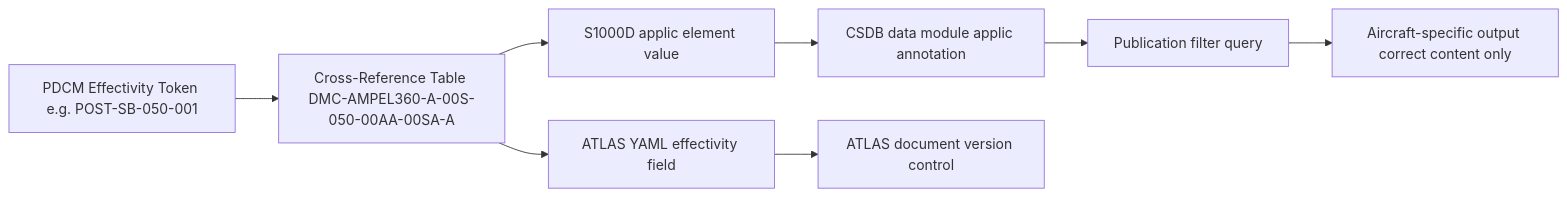
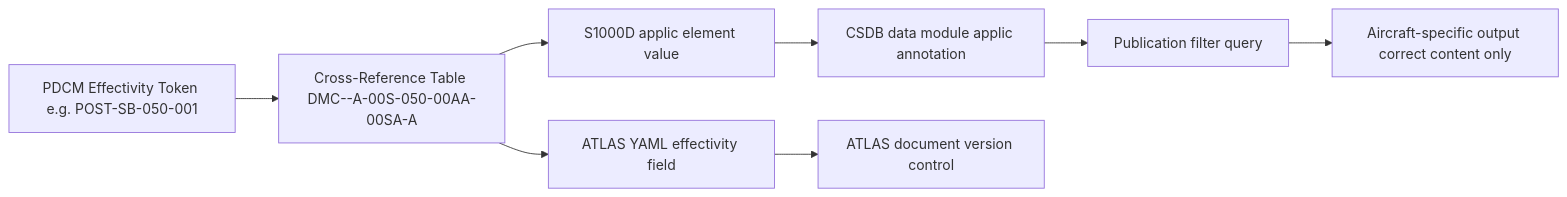
One commit to AmedeoPelliccia/Qplus-For-All-Queer-People-and-Quantum changed the diagram in Q+ATLANTIDE/000-099_ATLAS/050-059_Estructuras/050_General/050-050-Applicability-and-Effectivity/050-050-S1000D-CSDB-Mapping-and-Traceability.md. Above: the diagram before and after it, drawn with Mermaid. The commit also changed other lines of this file and 676 other files, not shown here.

First line of the commit message:
feat: de-programmatize all ATLAS standard files — remove AMPEL360E/eWTW programme content

````diff
--- a/Q+ATLANTIDE/000-099_ATLAS/050-059_Estructuras/050_General/050-050-Applicability-and-Effectivity/050-050-S1000D-CSDB-Mapping-and-Traceability.md
+++ b/Q+ATLANTIDE/000-099_ATLAS/050-059_Estructuras/050_General/050-050-Applicability-and-Effectivity/050-050-S1000D-CSDB-Mapping-and-Traceability.md
@@ -46,10 +48,10 @@
 ```mermaid
 flowchart LR
-    A[PDCM Effectivity Token e.g. POST-SB-050-001] --> B[Cross-Reference Table DMC-AMPEL360-A-00S-050-00AA-00SA-A]
+    A[PDCM Effectivity Token e.g. POST-SB-050-001] --> B[Cross-Reference Table DMC-<PROGRAMME>-A-00S-050-00AA-00SA-A]
     B --> C[S1000D applic element value]
     C --> D[CSDB data module applic annotation]
     D --> E[Publication filter query]
     E --> F[Aircraft-specific output correct content only]
     B --> G[ATLAS YAML effectivity field]
     G --> H[ATLAS document version control]
 ```
````
